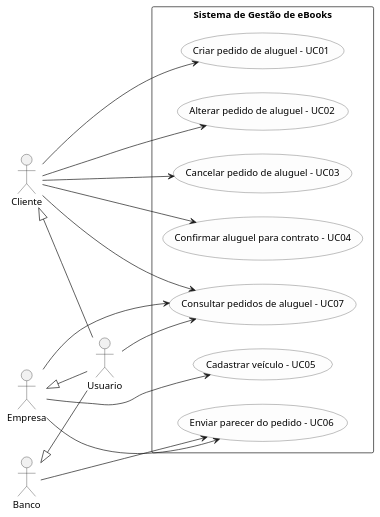
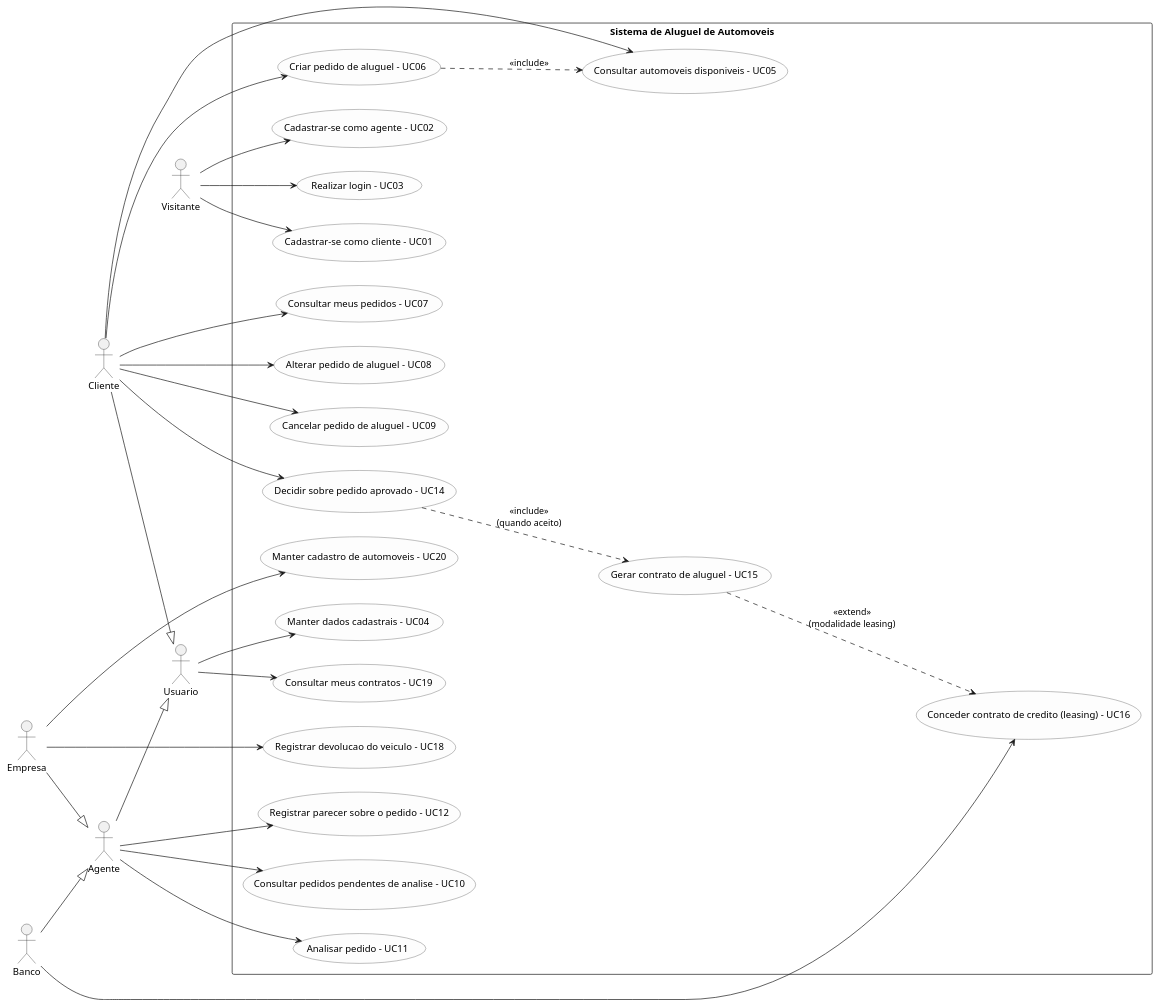
One commit to pazzutti/lab02-aluguel-automoveis changed the diagram in docs/diagramas/casos-de-uso-aluguel.puml. Above: the diagram before and after it, drawn with PlantUML. The commit also changed 6 other files, not shown here.

Commit message:
feat: diagramas sprint 1

```diff
--- a/docs/diagramas/casos-de-uso-aluguel.puml
+++ b/docs/diagramas/casos-de-uso-aluguel.puml
@@ -1,58 +1,92 @@
 @startuml casos_de_uso_aluguel
 ' =====================================================================
-' Sistema de Gestao de eBooks da Biblioteca Universitaria
-' Diagrama de Casos de Uso - Lab01S01
-' Fonte versionada em docs/diagramas/casos-de-uso.puml
-' Versao enxuta: 14 casos de uso
+' Sistema de Aluguel de Automoveis
+' Diagrama de Casos de Uso - Lab02S01
+' Fonte versionada em docs/diagramas/casos-de-uso-aluguel.puml
+' Casos de uso derivados das Historias de Usuario (docs/historias-de-usuario.md)
 ' =====================================================================
 
 left to right direction
 skinparam packageStyle rectangle
 skinparam shadowing false
 skinparam usecase {
   BackgroundColor #FDFDFD
   BorderColor #444444
 }
 
-rectangle "Sistema de Gestão de eBooks" {
+' ============================== ATORES ===============================
+actor Visitante
+actor Usuario
+actor Cliente
+actor Agente
+actor Empresa
+actor Banco
 
-  ' --- Geral ---
-  usecase "Consultar pedidos de aluguel - UC07" as UC07
+Cliente --|> Usuario
+Agente --|> Usuario
+Empresa --|> Agente
+Banco --|> Agente
 
-  ' --- Cliente ---
-  usecase "Criar pedido de aluguel - UC01" as UC01
-  usecase "Alterar pedido de aluguel - UC02" as UC02
-  usecase "Cancelar pedido de aluguel - UC03" as UC03
-  usecase "Confirmar aluguel para contrato - UC04" as UC04
+rectangle "Sistema de Aluguel de Automoveis" {
 
-  ' --- Empresa ---
-  usecase "Cadastrar veículo - UC05" as UC05
-  usecase "Enviar parecer do pedido - UC06" as UC06
+  ' --- Cadastro e acesso (HU01-HU04) ---
+  usecase "Cadastrar-se como cliente - UC01" as UC01
+  usecase "Cadastrar-se como agente - UC02" as UC02
+  usecase "Realizar login - UC03" as UC03
+  usecase "Manter dados cadastrais - UC04" as UC04
+
+  ' --- Pedido de aluguel (Cliente) (HU05-HU09) ---
+  usecase "Consultar automoveis disponiveis - UC05" as UC05
+  usecase "Criar pedido de aluguel - UC06" as UC06
+  usecase "Consultar meus pedidos - UC07" as UC07
+  usecase "Alterar pedido de aluguel - UC08" as UC08
+  usecase "Cancelar pedido de aluguel - UC09" as UC09
+
+  ' --- Avaliacao do pedido (Agente) (HU10-HU12) ---
+  usecase "Consultar pedidos pendentes de analise - UC10" as UC10
+  usecase "Analisar pedido - UC11" as UC11
+  usecase "Registrar parecer sobre o pedido - UC12" as UC12
+
+  ' --- Contratacao (HU14-HU19) ---
+  usecase "Decidir sobre pedido aprovado - UC14" as UC14
+  usecase "Gerar contrato de aluguel - UC15" as UC15
+  usecase "Conceder contrato de credito (leasing) - UC16" as UC16
+  usecase "Registrar devolucao do veiculo - UC18" as UC18
+  usecase "Consultar meus contratos - UC19" as UC19
+
+  ' --- Gestao de automoveis (Empresa) (HU20) ---
+  usecase "Manter cadastro de automoveis - UC20" as UC20
 }
 
-' ============================== ATORES ===============================
-actor Usuario as "Usuario"
-actor Cliente as "Cliente"
-actor Empresa as "Empresa"
-actor Banco as "Banco"
+' ============================ ASSOCIACOES =============================
 
-Cliente <|-- Usuario
-Empresa <|-- Usuario
-Banco <|-- Usuario
+Visitante --> UC01
+Visitante --> UC02
+Visitante --> UC03
 
-' ============================ ASSOCIACOES ============================
-Cliente --> UC01
-Cliente --> UC02
-Cliente --> UC03
-Cliente --> UC04
+Usuario --> UC04
+Usuario --> UC19
+
+Cliente --> UC05
+Cliente --> UC06
 Cliente --> UC07
+Cliente --> UC08
+Cliente --> UC09
+Cliente --> UC14
 
-Empresa --> UC05
-Empresa --> UC06
-Empresa --> UC07
+Agente --> UC10
+Agente --> UC11
+Agente --> UC12
 
-Banco --> UC06
+Empresa --> UC18
+Empresa --> UC20
 
-Usuario --> UC07
+Banco --> UC16
+
+' ========================= INCLUDE / EXTEND ============================
+
+UC06 ..> UC05 : <<include>>
+UC14 ..> UC15 : <<include>>\n(quando aceito)
+UC15 ..> UC16 : <<extend>>\n(modalidade leasing)
 
 @enduml
```
